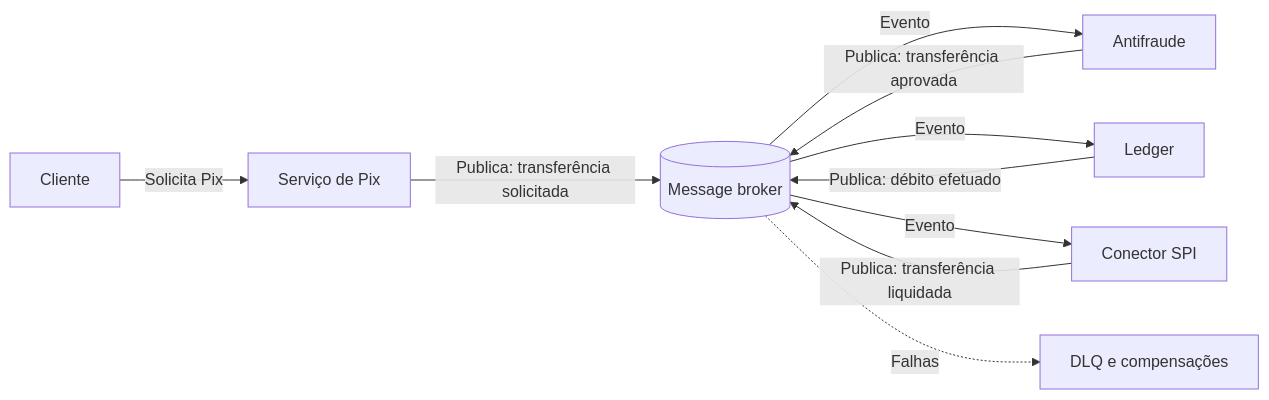
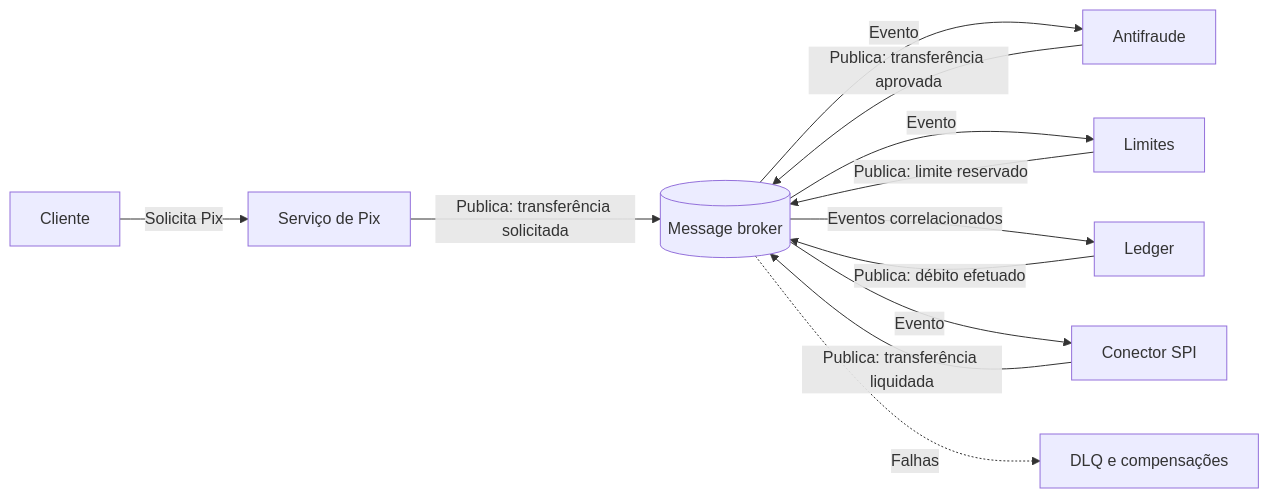
Before and after one commit to alancesar/design-patterns: the diagram in docs/architecture/cloud-design-patterns/distributed-coordination/choreography.md, drawn with Mermaid. The commit also changed other lines of this file and 28 other files, not shown here.

Commit message:
Fix diagram review findings in microservices, eip, cloud and agent patterns

````diff
--- a/docs/architecture/cloud-design-patterns/distributed-coordination/choreography.md
+++ b/docs/architecture/cloud-design-patterns/distributed-coordination/choreography.md
@@ -63,12 +63,14 @@
 ```mermaid
 flowchart LR
     C["Cliente"] -->|"Solicita Pix"| I["Serviço de Pix"]
     I -->|"Publica: transferência solicitada"| B[("Message broker")]
     B -->|"Evento"| F["Antifraude"]
+    B -->|"Evento"| LM["Limites"]
     F -->|"Publica: transferência aprovada"| B
-    B -->|"Evento"| L["Ledger"]
+    LM -->|"Publica: limite reservado"| B
+    B -->|"Eventos correlacionados"| L["Ledger"]
     L -->|"Publica: débito efetuado"| B
     B -->|"Evento"| K["Conector SPI"]
     K -->|"Publica: transferência liquidada"| B
     B -.->|"Falhas"| Q["DLQ e compensações"]
 ```
````
